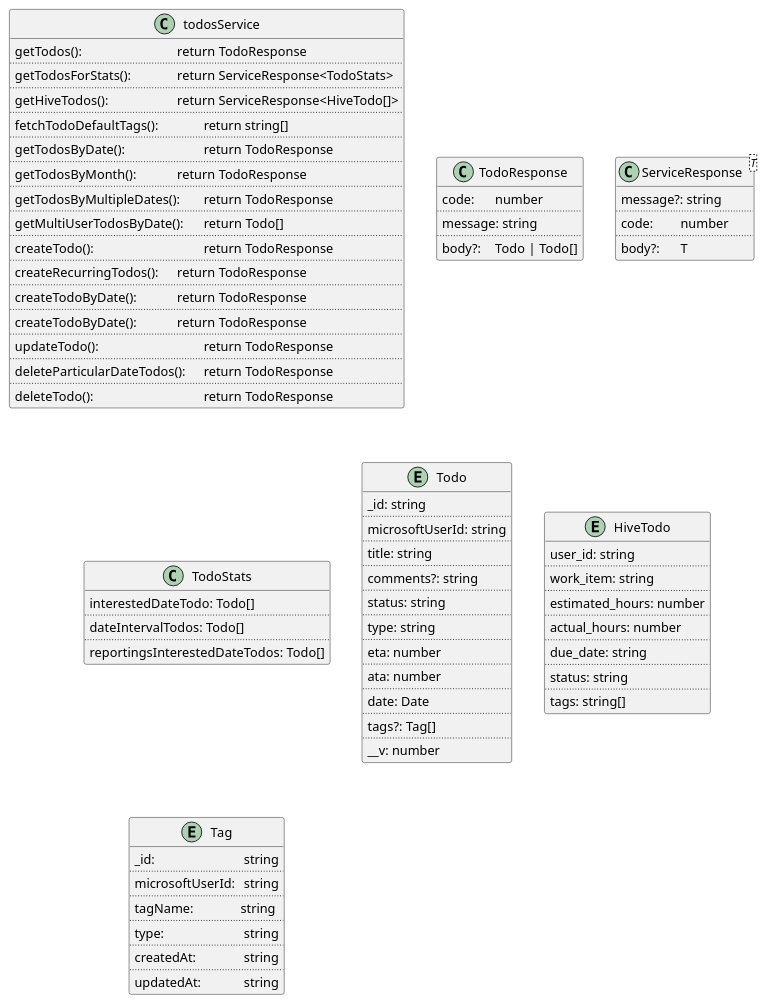
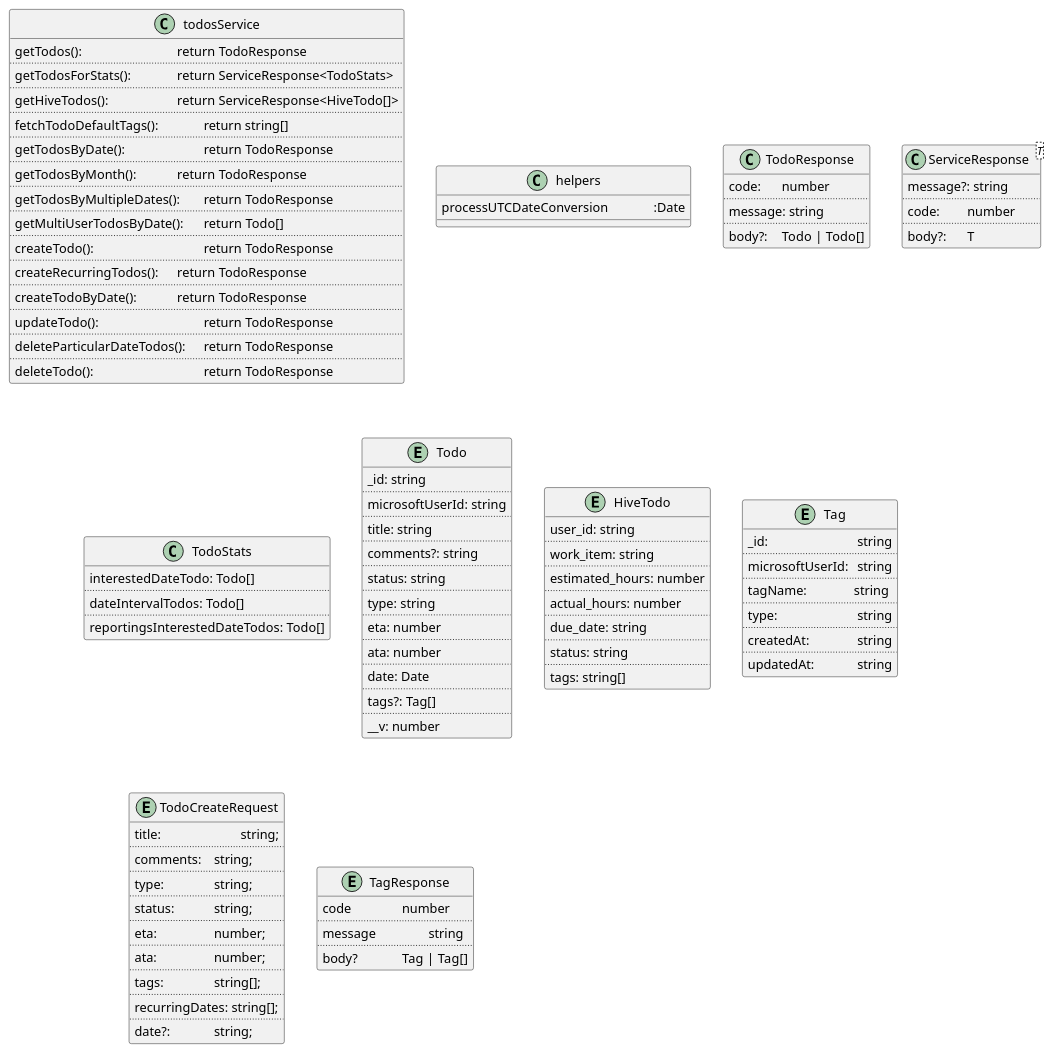
The diagram in backend/services_design/todo_service/class_diagram/todo.class.puml (avasoft-mobility/workday-design), drawn with PlantUML before and after one commit. The commit also changed 4 other files, not shown here.

Commit message:
Configure Technical design for todo create delete and stats

```diff
--- a/backend/services_design/todo_service/class_diagram/todo.class.puml
+++ b/backend/services_design/todo_service/class_diagram/todo.class.puml
@@ -1,114 +1,144 @@
 @startuml CommonTagClassDiagram
 
 class todosService {
   getTodos(): \t\t\t\t return TodoResponse
   ..
   getTodosForStats(): \t\t return ServiceResponse<TodoStats>
   ..
   getHiveTodos(): \t\t\t return ServiceResponse<HiveTodo[]>
   ..
   fetchTodoDefaultTags(): \t\t return string[]
   ..
   getTodosByDate(): \t\t\t return TodoResponse
   ..
   getTodosByMonth(): \t\t return TodoResponse
   ..
   getTodosByMultipleDates(): \t return TodoResponse
   ..
   getMultiUserTodosByDate(): \t return Todo[]
   ..
   createTodo(): \t\t\t\t return TodoResponse
   ..
   createRecurringTodos(): \t return TodoResponse
   ..
   createTodoByDate(): \t\t return TodoResponse
   ..
-  createTodoByDate(): \t\t return TodoResponse
-  ..
   updateTodo(): \t\t\t\t return TodoResponse
   ..
   deleteParticularDateTodos(): \t return TodoResponse
   ..
   deleteTodo(): \t\t\t\t return TodoResponse
+}
+
+class helpers {
+    processUTCDateConversion \t\t:Date
 }
 
 class TodoResponse{
     code:\tnumber
     ..
     message: string
     ..
     body?:\tTodo | Todo[]
 }
 
 class ServiceResponse<T>{
   message?: string
   ..
   code: \t  number
   ..
   body?: \t  T
 }
 
 class TodoStats{
   interestedDateTodo: Todo[]
   ..
   dateIntervalTodos: Todo[]
   ..
   reportingsInterestedDateTodos: Todo[]
 }
 
 entity Todo{
   _id: string
   ..
   microsoftUserId: string
   ..
   title: string
   ..
   comments?: string
   ..
   status: string
   ..
   type: string
   ..
   eta: number
   ..
   ata: number
   ..
   date: Date
   ..
   tags?: Tag[]
   ..
   __v: number
 }
 
 entity HiveTodo{
   user_id: string
   ..
   work_item: string
   ..
   estimated_hours: number
   ..
   actual_hours: number
   ..
   due_date: string
   ..
   status: string
   ..
   tags: string[]
 }
 
 
 entity Tag{
     _id: \t\t\t\t string
     ..
     microsoftUserId: \t string
     ..
     tagName: \t\tstring 
     ..
     type: \t\t\t string
     ..
     createdAt: \t\t string
     ..
     updatedAt: \t\t string
 }
 
-@endumlsss
+entity TodoCreateRequest {
+  title: \t\t\tstring;
+  ..
+  comments: \tstring;
+  ..
+  type: \t\tstring;
+  ..
+  status: \t\tstring;
+  ..
+  eta: \t\t\tnumber;
+  ..
+  ata: \t\t\tnumber;
+  ..
+  tags: \t\tstring[];
+  ..
+  recurringDates: string[];
+  ..
+  date?: \t\tstring;
+}
+
+entity TagResponse {
+  code \t\tnumber
+  ..
+  message \t\tstring
+  ..
+  body? \t\tTag | Tag[]
+}
+
+@enduml
```
